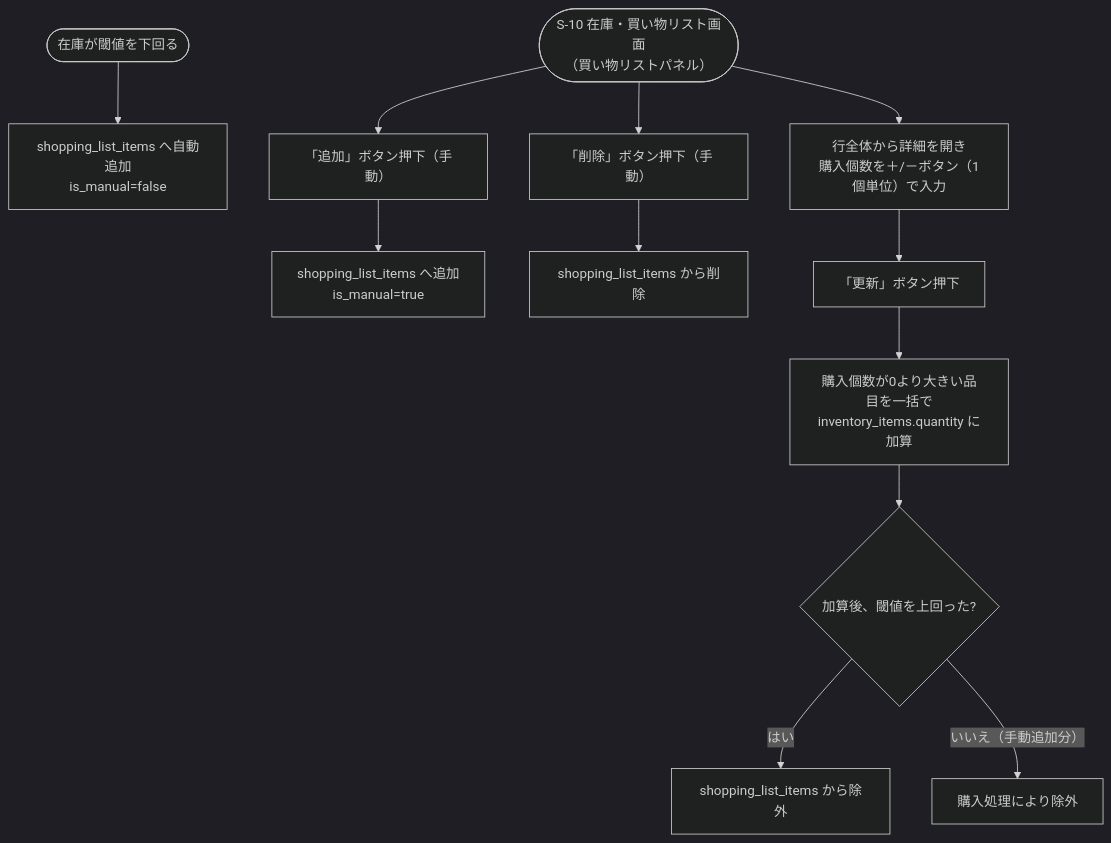
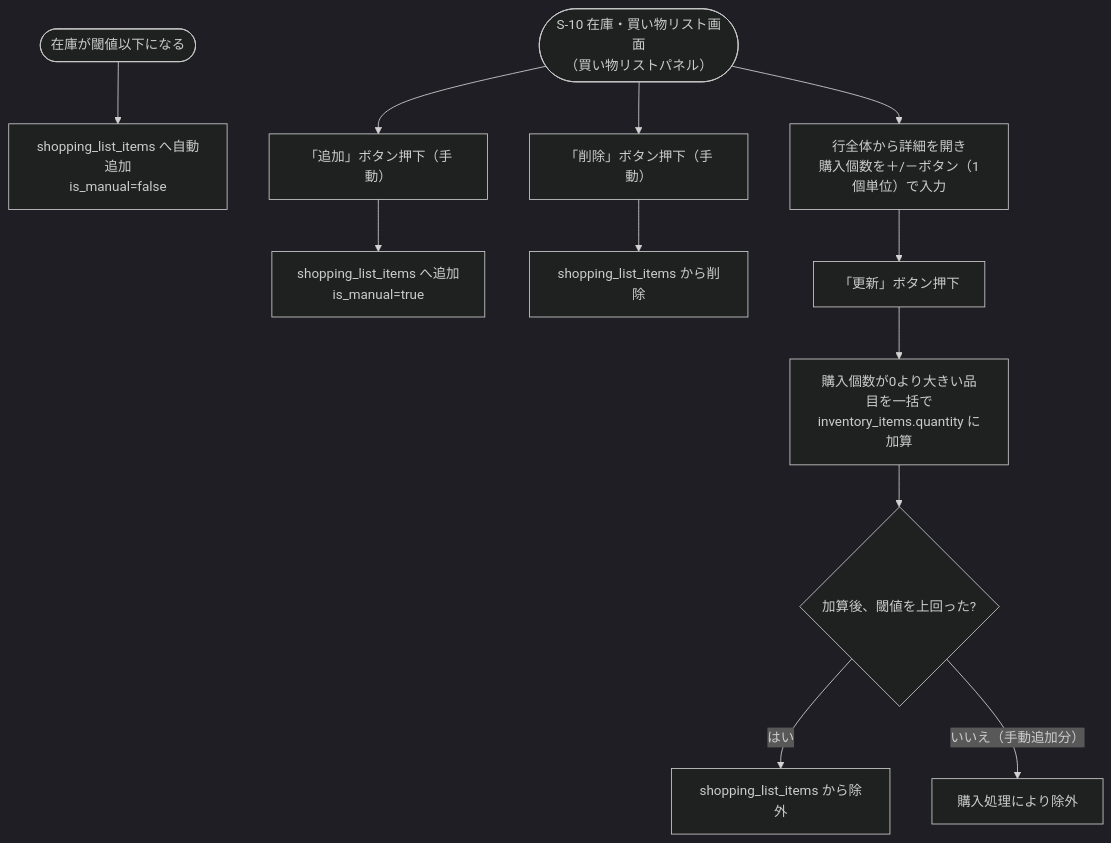
The diagram in docs/details/features/F08_zaiko_shoppinglist.md (yamamotonaoki3/HomeLog), drawn with Mermaid (dark theme) before and after one commit. The commit also changed other lines of this file and 21 other files, not shown here.

````diff
--- a/docs/details/features/F08_zaiko_shoppinglist.md
+++ b/docs/details/features/F08_zaiko_shoppinglist.md
@@ -19,15 +19,15 @@
 ```mermaid
 flowchart TD
-    A([在庫が閾値を下回る]) --> B[shopping_list_items へ自動追加\nis_manual=false]
+    A([在庫が閾値以下になる]) --> B[shopping_list_items へ自動追加\nis_manual=false]
     C(["S-10 在庫・買い物リスト画面\n（買い物リストパネル）"]) --> D["「追加」ボタン押下（手動）"]
     D --> E[shopping_list_items へ追加\nis_manual=true]
     C --> F["「削除」ボタン押下（手動）"]
     F --> G[shopping_list_items から削除]
 
     C --> H["行全体から詳細を開き\n購入個数を＋/－ボタン（1個単位）で入力"]
     H --> I["「更新」ボタン押下"]
     I --> J[購入個数が0より大きい品目を一括で\ninventory_items.quantity に加算]
     J --> K{加算後、閾値を上回った?}
     K -- はい --> L[shopping_list_items から除外]
     K -- いいえ（手動追加分） --> M[購入処理により除外]
 ```
````
